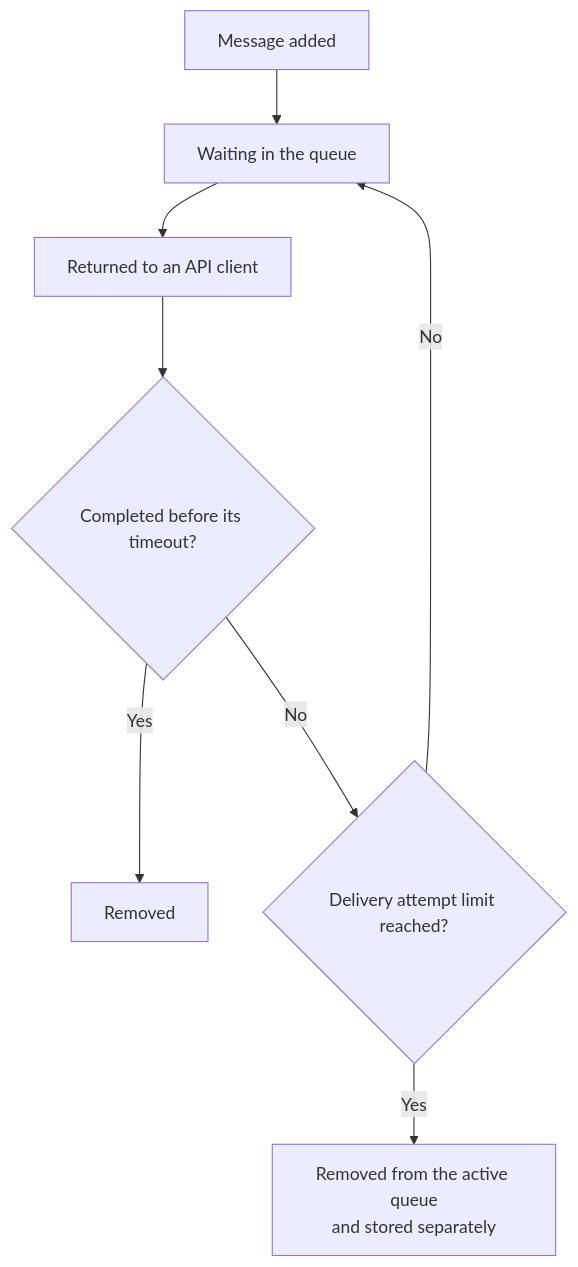
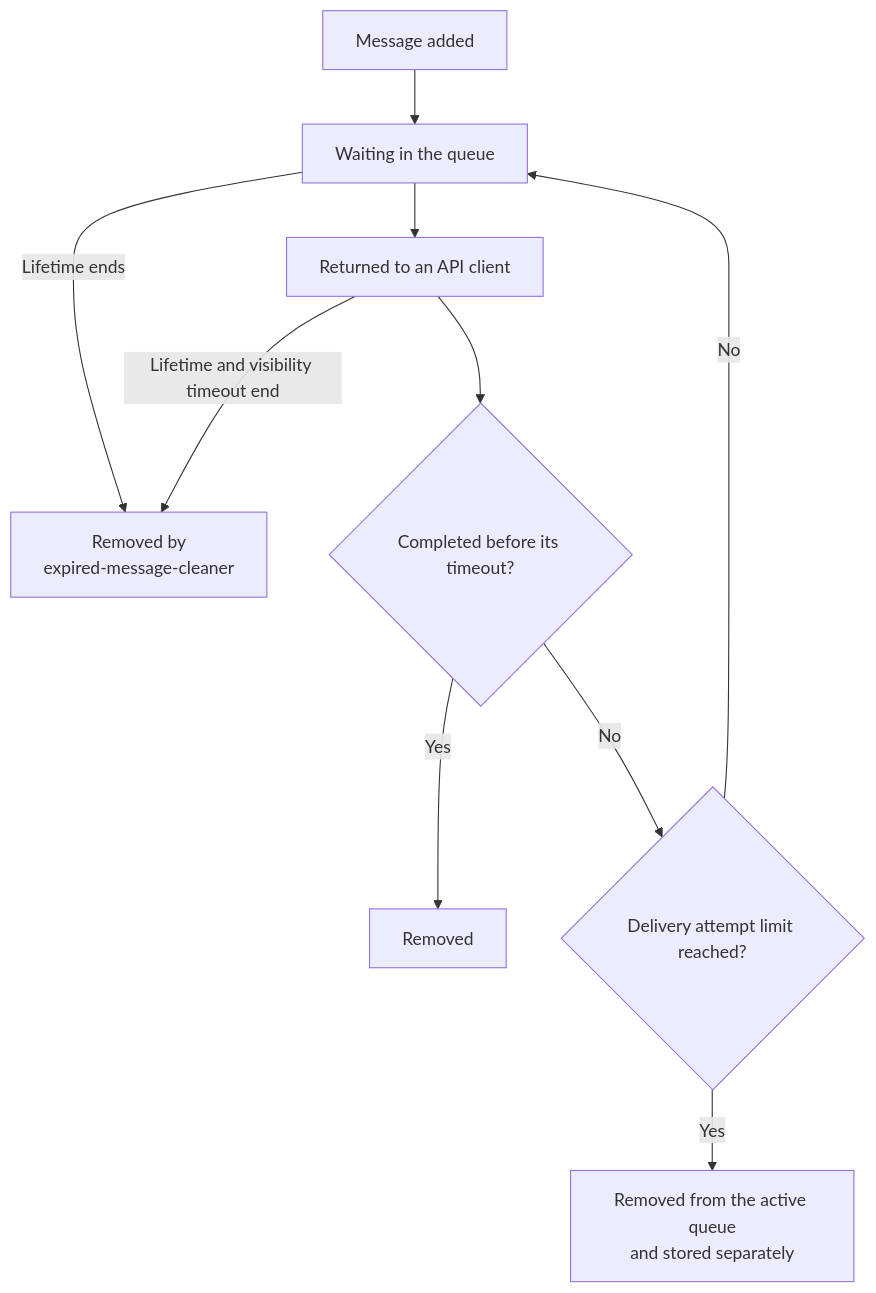
The second of 2 diagrams in docs/architecture.md (karanbalani/retsu), drawn with Mermaid before and after one commit. The commit also changed other lines of this file and 3 other files, not shown here.

````diff
--- a/docs/architecture.md
+++ b/docs/architecture.md
@@ -55,10 +59,12 @@
 ```mermaid
 flowchart TD
     Added["Message added"] --> Waiting["Waiting in the queue"]
     Waiting --> Delivered["Returned to an API client"]
+    Waiting -->|"Lifetime ends"| Expired["Removed by<br/>expired-message-cleaner"]
     Delivered --> Completed{"Completed before its timeout?"}
+    Delivered -->|"Lifetime and visibility timeout end"| Expired
     Completed -->|"Yes"| Removed["Removed"]
     Completed -->|"No"| Limit{"Delivery attempt limit reached?"}
     Limit -->|"No"| Waiting
     Limit -->|"Yes"| Stored["Removed from the active queue<br/>and stored separately"]
 ```
````
